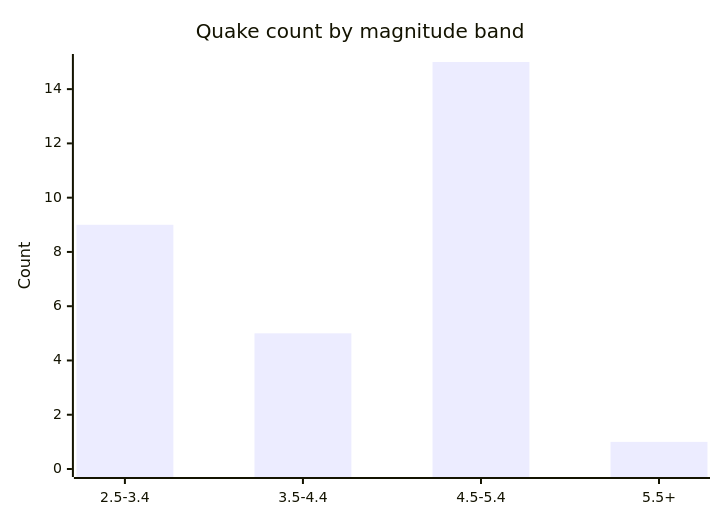
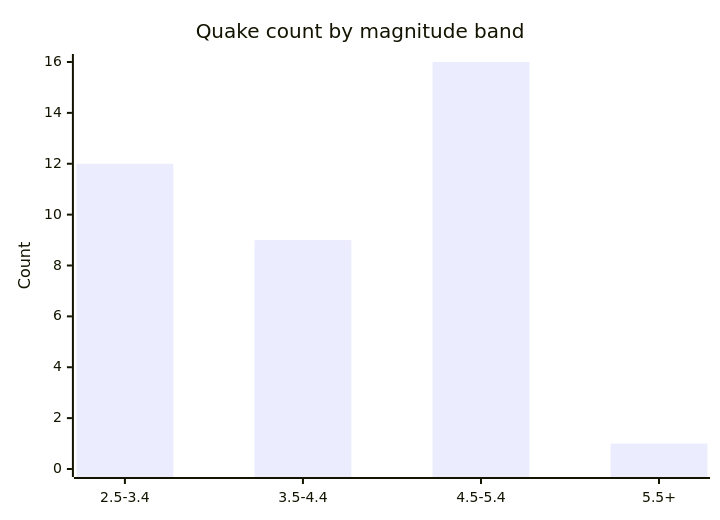
One commit to Midwest-Stratospheric/aerostratospheric-defense-gir changed the fifth of 6 diagrams in docs/GRAPHS.md. Above: the diagram before and after it, drawn with Mermaid. The commit also changed other lines of this file and 23 other files, not shown here.

````diff
--- a/docs/GRAPHS.md
+++ b/docs/GRAPHS.md
@@ -82,7 +82,7 @@
 ```mermaid
 xychart-beta
   title "Quake count by magnitude band"
   x-axis ["2.5-3.4", "3.5-4.4", "4.5-5.4", "5.5+"]
-  y-axis "Count" 0 --> 15
-  bar [9, 5, 15, 1]
+  y-axis "Count" 0 --> 16
+  bar [12, 9, 16, 1]
 ```
````
